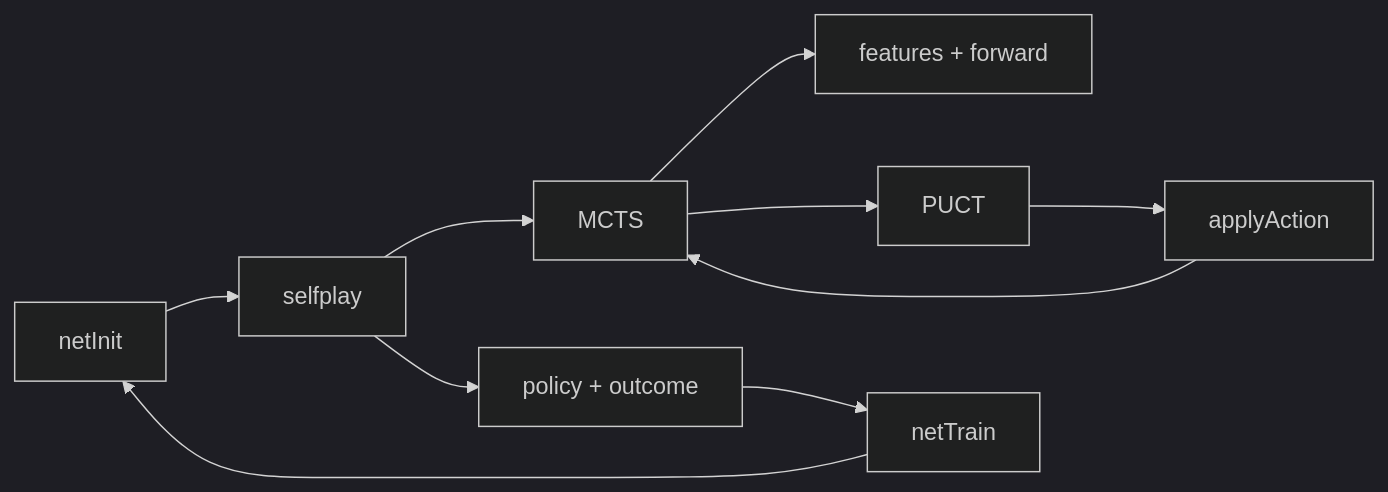
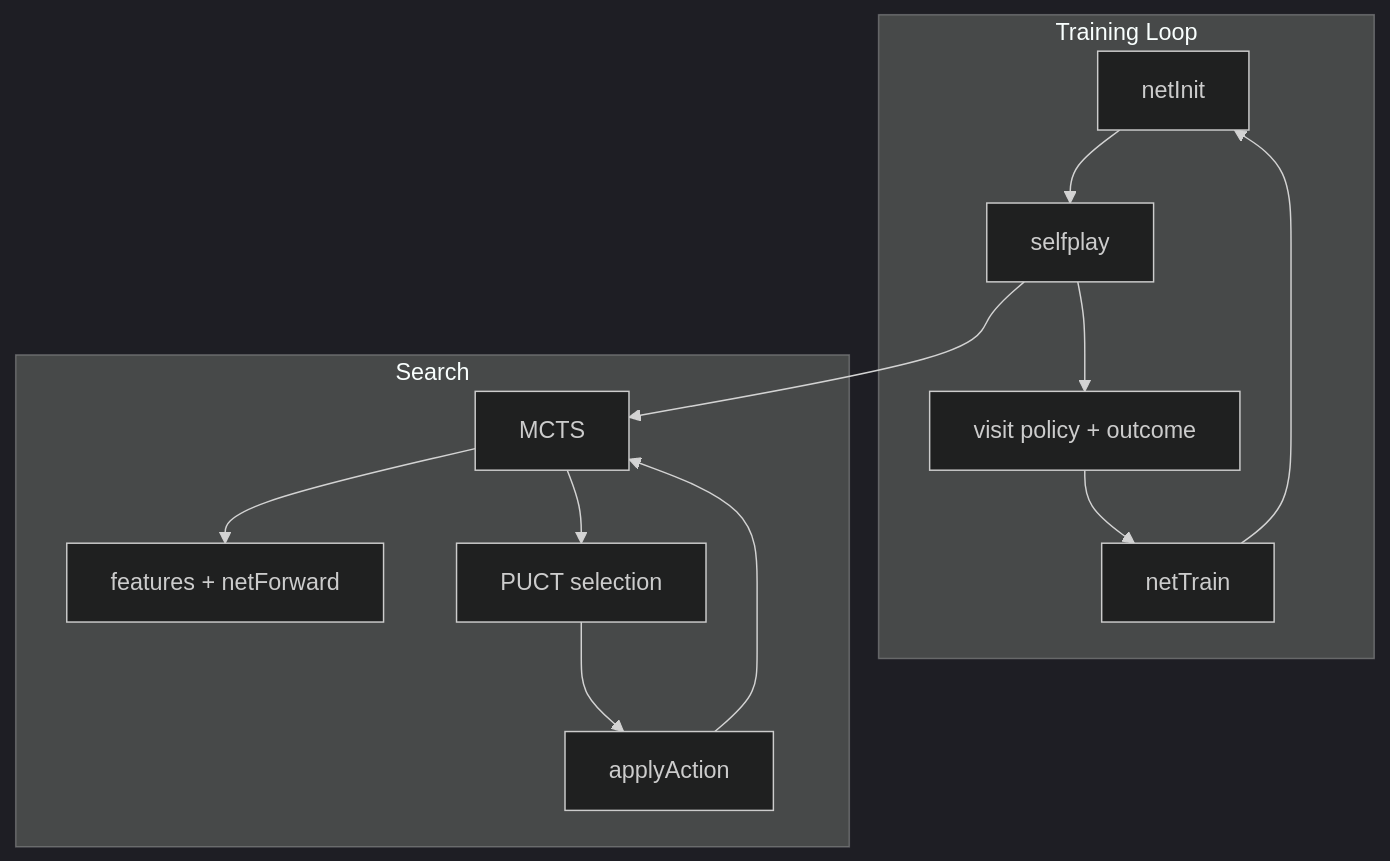
The second of 2 diagrams in README.md (AHMADALIPARR/sea_hunter_research), drawn with Mermaid (dark theme) before and after one commit. The commit also changed other lines of this file, not shown here.

Commit message:
Improve mermaid diagrams with subgraphs and top-down layout

````diff
--- a/README.md
+++ b/README.md
@@ -129,12 +141,24 @@
 ```mermaid
-flowchart LR
-    init[netInit] --> selfplay[selfplay]
-    selfplay --> mcts[MCTS]
-    mcts --> forward[features + forward]
-    mcts --> puct[PUCT]
-    puct --> apply[applyAction]
+flowchart TB
+    subgraph Training Loop
+        init[netInit]
+        selfplay[selfplay]
+        targets[visit policy + outcome]
+        train[netTrain]
+    end
+    subgraph Search
+        mcts[MCTS]
+        forward[features + netForward]
+        puct[PUCT selection]
+        apply[applyAction]
+    end
+    init --> selfplay
+    selfplay --> mcts
+    mcts --> forward
+    mcts --> puct
+    puct --> apply
     apply --> mcts
-    selfplay --> targets[policy + outcome]
-    targets --> train[netTrain]
+    selfplay --> targets
+    targets --> train
     train --> init
 ```
````
